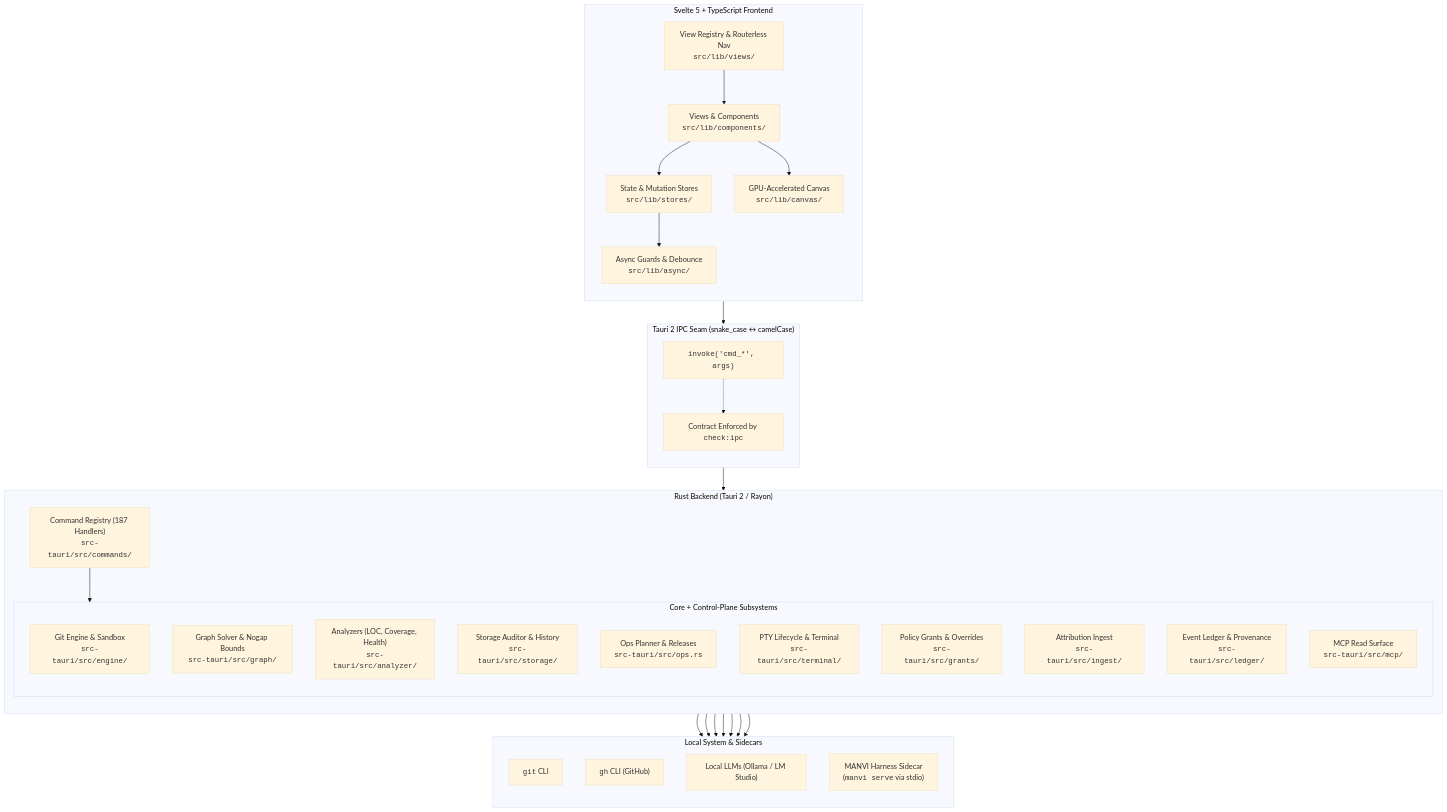
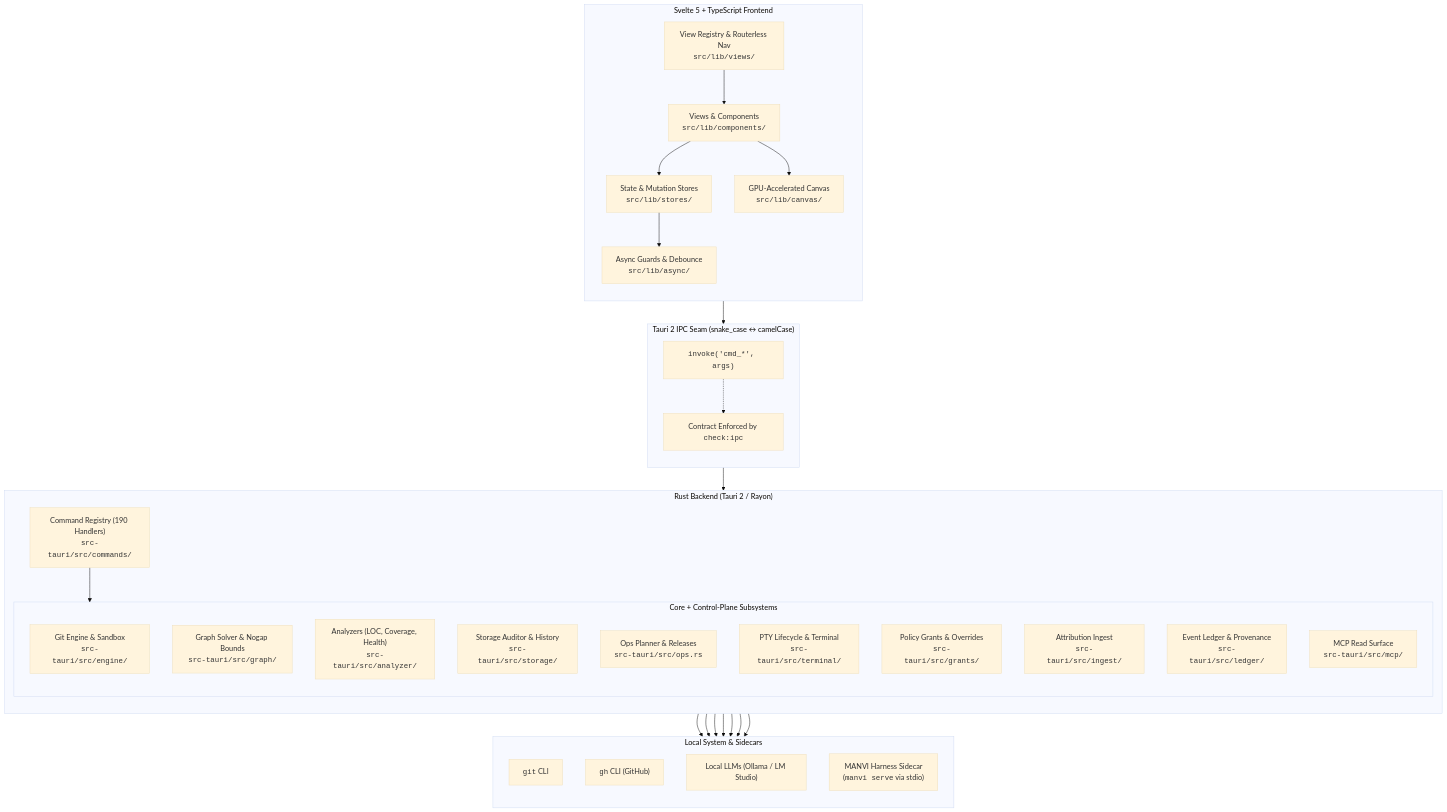
Before and after one commit to bharathvbcr/GitPulse: the first of 4 diagrams in docs/ARCHITECTURE.md, drawn with Mermaid (base theme). The commit also changed other lines of this file and 90 other files, not shown here.

````diff
--- a/docs/ARCHITECTURE.md
+++ b/docs/ARCHITECTURE.md
@@ -5,61 +5,61 @@
 ```mermaid
 flowchart TB
     subgraph Frontend["Svelte 5 + TypeScript Frontend"]
         direction TB
         UI["Views & Components<br/><code>src/lib/components/</code>"]
         Stores["State & Mutation Stores<br/><code>src/lib/stores/</code>"]
         Registry["View Registry & Routerless Nav<br/><code>src/lib/views/</code>"]
         Canvas["GPU-Accelerated Canvas<br/><code>src/lib/canvas/</code>"]
         Async["Async Guards & Debounce<br/><code>src/lib/async/</code>"]
         
         UI --> Stores
         UI --> Canvas
         Stores --> Async
         Registry --> UI
     end
 
     subgraph IPC["Tauri 2 IPC Seam (snake_case ↔ camelCase)"]
         direction TB
         Invoke["<code>invoke('cmd_*', args)</code>"]
         ContractCheck["Contract Enforced by <code>check:ipc</code>"]
         Invoke -.-> ContractCheck
     end
 
     subgraph Backend["Rust Backend (Tauri 2 / Rayon)"]
         direction TB
-        CmdRegistry["Command Registry (187 Handlers)<br/><code>src-tauri/src/commands/</code>"]
+        CmdRegistry["Command Registry (190 Handlers)<br/><code>src-tauri/src/commands/</code>"]
         
         subgraph Subsystems["Core + Control-Plane Subsystems"]
             GitEngine["Git Engine & Sandbox<br/><code>src-tauri/src/engine/</code>"]
             GraphSolver["Graph Solver & Nogap Bounds<br/><code>src-tauri/src/graph/</code>"]
             Analyzers["Analyzers (LOC, Coverage, Health)<br/><code>src-tauri/src/analyzer/</code>"]
             StorageAuditor["Storage Auditor & History<br/><code>src-tauri/src/storage/</code>"]
             OpsPlanner["Ops Planner & Releases<br/><code>src-tauri/src/ops.rs</code>"]
             PtyTerminal["PTY Lifecycle & Terminal<br/><code>src-tauri/src/terminal/</code>"]
             Grants["Policy Grants & Overrides<br/><code>src-tauri/src/grants/</code>"]
             Ingest["Attribution Ingest<br/><code>src-tauri/src/ingest/</code>"]
             Ledger["Event Ledger & Provenance<br/><code>src-tauri/src/ledger/</code>"]
             MCP["MCP Read Surface<br/><code>src-tauri/src/mcp/</code>"]
         end
         
         CmdRegistry --> Subsystems
     end
 
     subgraph External["Local System & Sidecars"]
         direction TB
         LocalGit["<code>git</code> CLI"]
         LocalGh["<code>gh</code> CLI (GitHub)"]
         LocalLLM["Local LLMs (Ollama / LM Studio)"]
         ManviSidecar["MANVI Harness Sidecar<br/>(<code>manvi serve</code> via stdio)"]
     end
 
     Async --> Invoke
     Invoke --> CmdRegistry
     GitEngine --> LocalGit
     Analyzers --> LocalGit
     Analyzers --> LocalGh
     Analyzers --> LocalLLM
     OpsPlanner --> LocalGh
     OpsPlanner --> ManviSidecar
     Subsystems --> ManviSidecar
 ```
````
